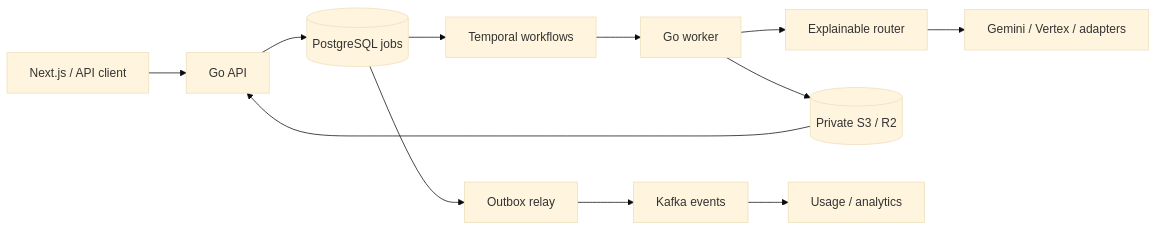
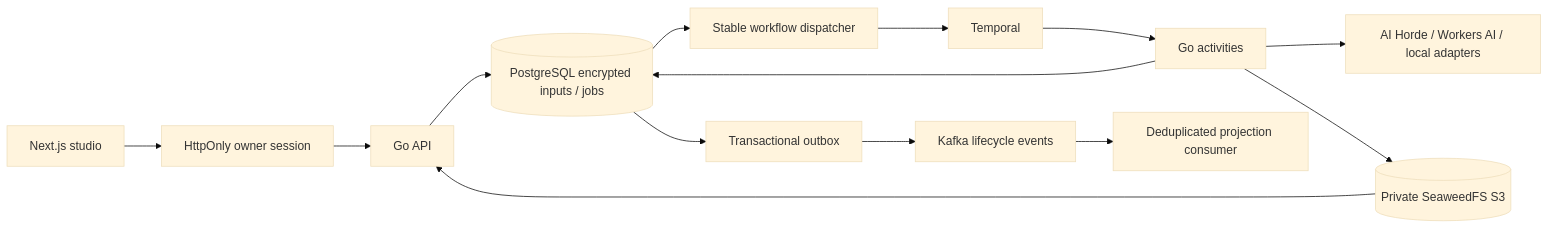
One commit to Lord-shaban/open-flow changed the diagram in README.md. Above: the diagram before and after it, drawn with Mermaid (base theme). The commit also changed other lines of this file and 16 other files, not shown here.

````diff
--- a/README.md
+++ b/README.md
@@ -30,14 +27,16 @@
 ```mermaid
 flowchart LR
-  UI[Next.js / API client] --> API[Go API]
-  API --> DB[(PostgreSQL jobs)]
-  DB --> Temporal[Temporal workflows]
-  Temporal --> Worker[Go worker]
-  Worker --> Router[Explainable router]
-  Router --> Providers[Gemini / Vertex / adapters]
-  Worker --> Storage[(Private S3 / R2)]
-  DB --> Outbox[Outbox relay]
-  Outbox --> Kafka[Kafka events]
-  Kafka --> Consumers[Usage / analytics]
+  Browser[Next.js studio] --> BFF[HttpOnly owner session]
+  BFF --> API[Go API]
+  API --> PG[(PostgreSQL encrypted inputs / jobs)]
+  PG --> Dispatch[Stable workflow dispatcher]
+  Dispatch --> Temporal[Temporal]
+  Temporal --> Worker[Go activities]
+  Worker --> Providers[AI Horde / Workers AI / local adapters]
+  Worker --> Storage[(Private SeaweedFS S3)]
+  Worker --> PG
+  PG --> Outbox[Transactional outbox]
+  Outbox --> Kafka[Kafka lifecycle events]
+  Kafka --> Inbox[Deduplicated projection consumer]
   Storage --> API
 ```
````
